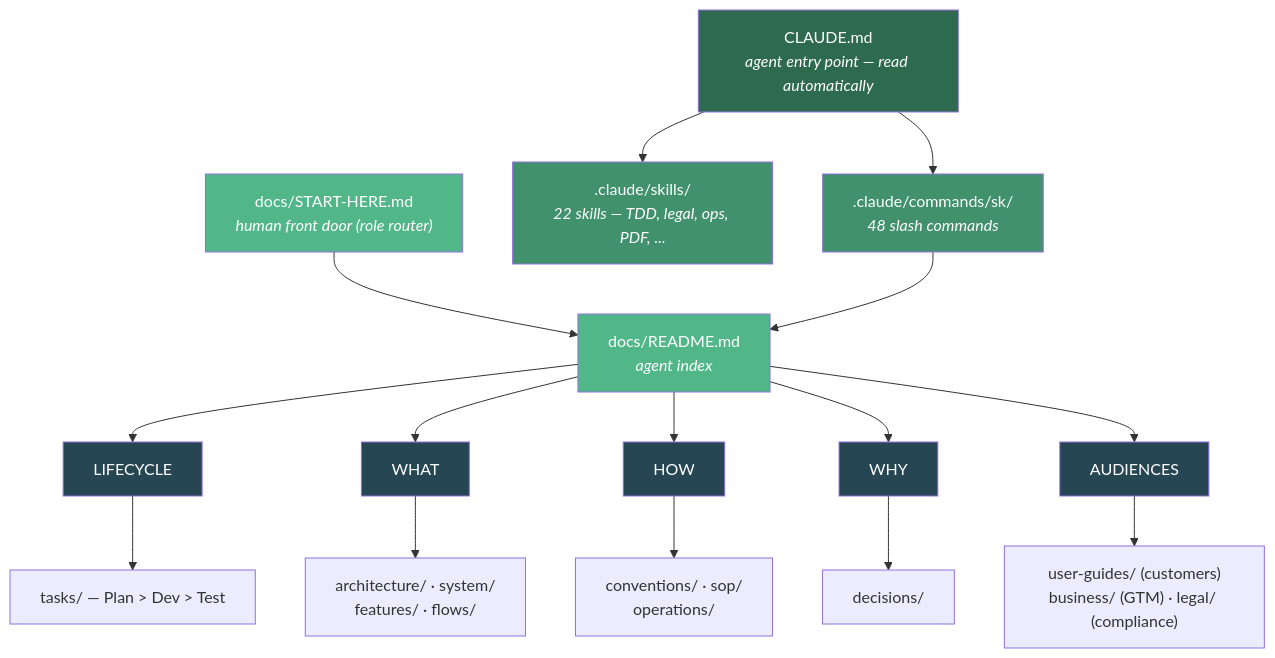
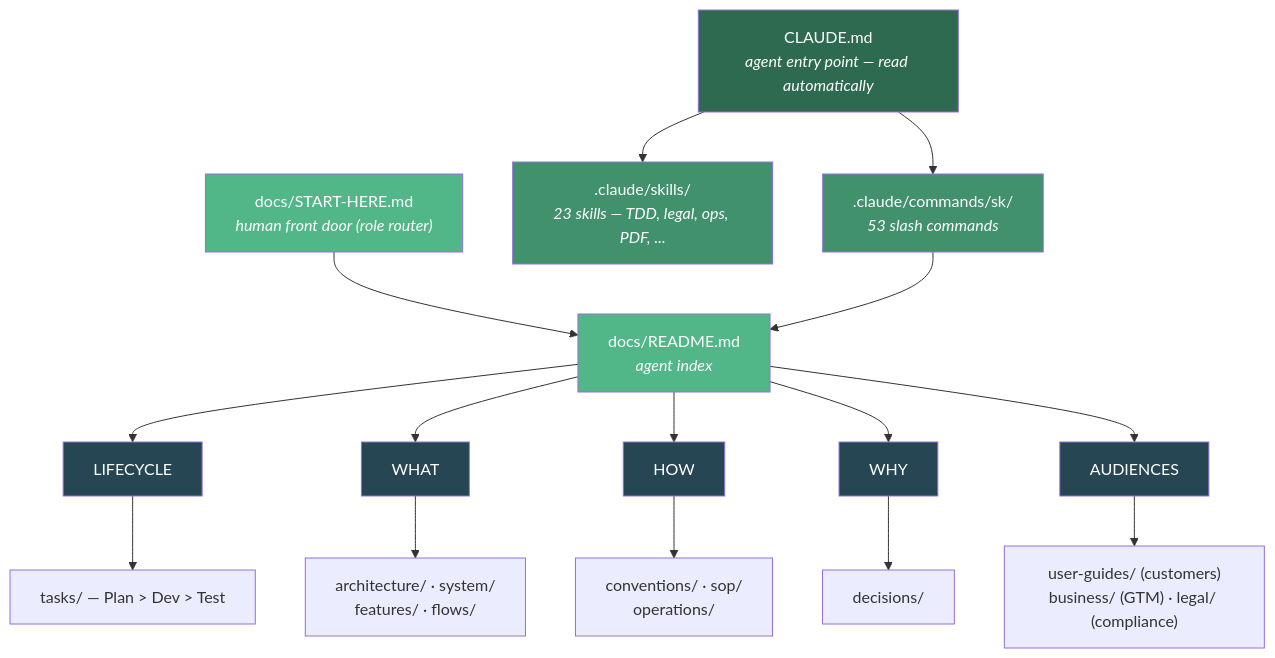
One commit to moniav/sk changed the diagram in assets/src/how-it-works.mmd. Above: the diagram before and after it, drawn with Mermaid. The commit also changed 45 other files, not shown here.

```diff
--- a/assets/src/how-it-works.mmd
+++ b/assets/src/how-it-works.mmd
@@ -1,28 +1,28 @@
 graph TD
-    A["CLAUDE.md<br/><i>agent entry point — read automatically</i>"] --> B[".claude/commands/sk/<br/><i>48 slash commands</i>"]
-    A --> B2[".claude/skills/<br/><i>22 skills — TDD, legal, ops, PDF, ...</i>"]
+    A["CLAUDE.md<br/><i>agent entry point — read automatically</i>"] --> B[".claude/commands/sk/<br/><i>53 slash commands</i>"]
+    A --> B2[".claude/skills/<br/><i>23 skills — TDD, legal, ops, PDF, ...</i>"]
     SH["docs/START-HERE.md<br/><i>human front door (role router)</i>"] --> C
     B --> C["docs/README.md<br/><i>agent index</i>"]
 
     C --> D["LIFECYCLE"]
     C --> E["WHAT"]
     C --> G["HOW"]
     C --> F["WHY"]
     C --> H["AUDIENCES"]
 
     D --> D1["tasks/ — Plan > Dev > Test"]
     E --> E1["architecture/ · system/<br/>features/ · flows/"]
     G --> G1["conventions/ · sop/<br/>operations/"]
     F --> F1["decisions/"]
     H --> H1["user-guides/ (customers)<br/>business/ (GTM) · legal/ (compliance)"]
 
     style A fill:#2d6a4f,color:#fff
     style B fill:#40916c,color:#fff
     style B2 fill:#40916c,color:#fff
     style SH fill:#52b788,color:#fff
     style C fill:#52b788,color:#fff
     style D fill:#264653,color:#fff
     style E fill:#264653,color:#fff
     style F fill:#264653,color:#fff
     style G fill:#264653,color:#fff
     style H fill:#264653,color:#fff
```
